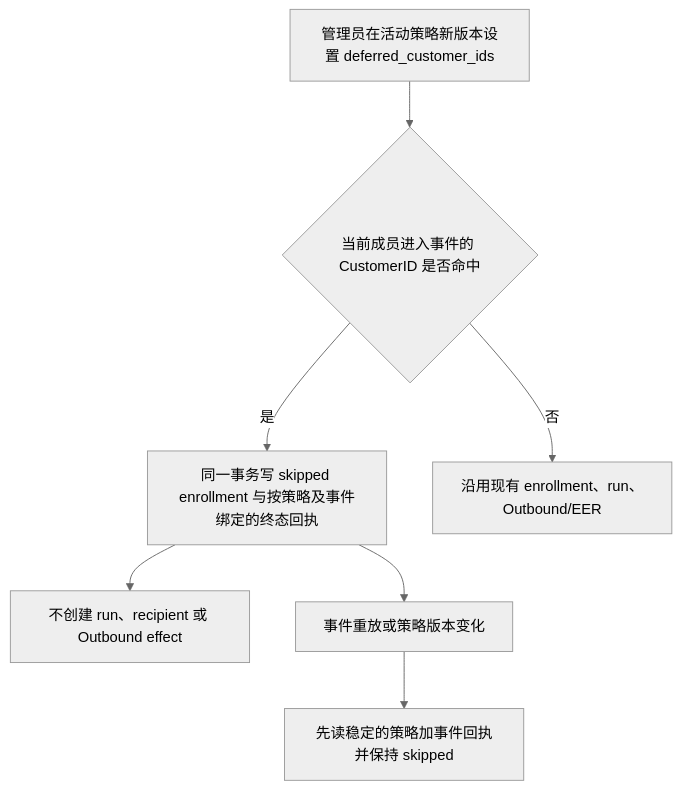
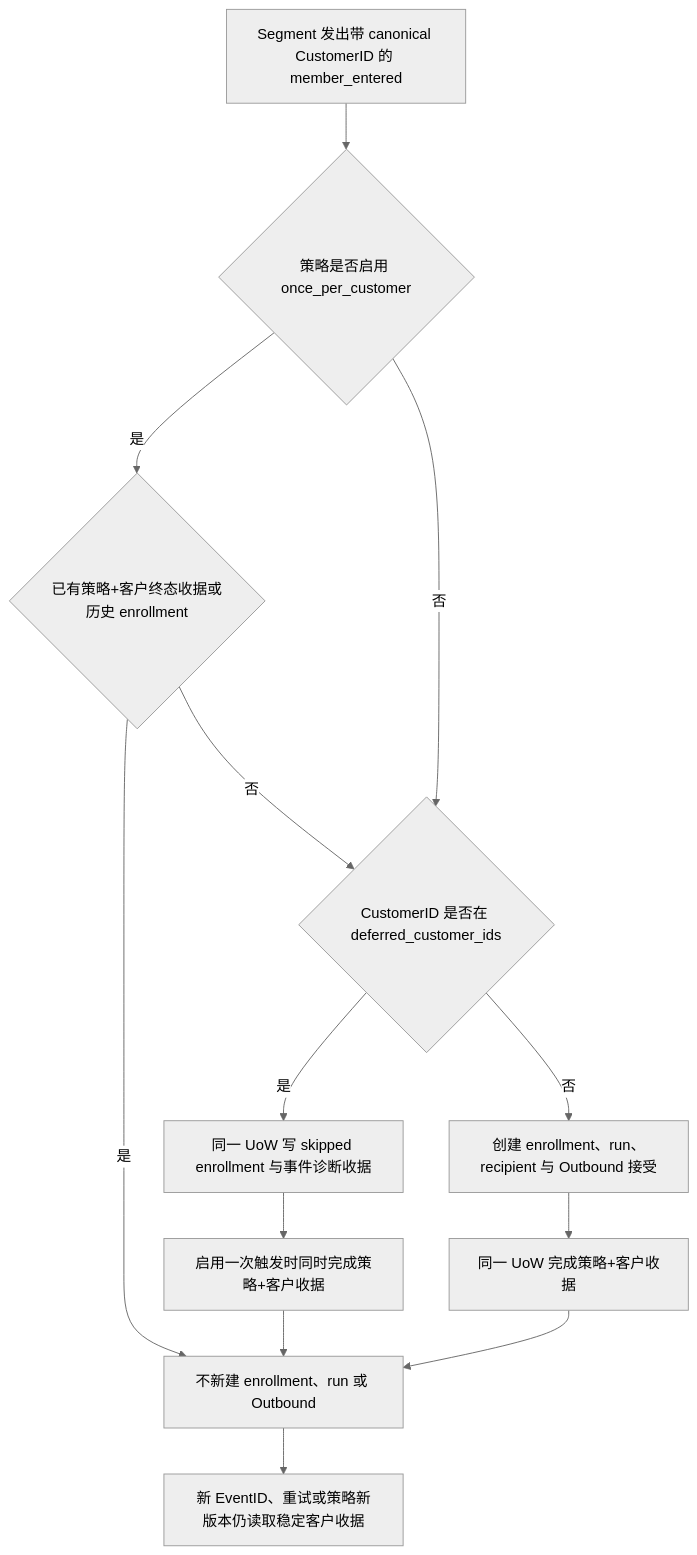
One commit to qianlan33333-png/AI-CRM-v4 changed the diagram in docs/prd/2026-09-30-audience-historical-merge-deferral.md. Above: the diagram before and after it, drawn with Mermaid (neutral theme). The commit also changed other lines of this file and 7 other files, not shown here.

````diff
--- a/docs/prd/2026-09-30-audience-historical-merge-deferral.md
+++ b/docs/prd/2026-09-30-audience-historical-merge-deferral.md
@@ -7,9 +7,15 @@
 ```mermaid
 flowchart TD
-  A[管理员在活动策略新版本设置 deferred_customer_ids] --> B{当前成员进入事件的 CustomerID 是否命中}
-  B -->|是| C[同一事务写 skipped enrollment 与按策略及事件绑定的终态回执]
-  C --> D[不创建 run、recipient 或 Outbound effect]
-  B -->|否| E[沿用现有 enrollment、run、Outbound/EER]
-  C --> F[事件重放或策略版本变化]
-  F --> G[先读稳定的策略加事件回执并保持 skipped]
+  A[Segment 发出带 canonical CustomerID 的 member_entered] --> B{策略是否启用 once_per_customer}
+  B -->|是| C{已有策略+客户终态收据或历史 enrollment}
+  C -->|是| Z[不新建 enrollment、run 或 Outbound]
+  C -->|否| D{CustomerID 是否在 deferred_customer_ids}
+  B -->|否| D
+  D -->|是| E[同一 UoW 写 skipped enrollment 与事件诊断收据]
+  E --> F[启用一次触发时同时完成策略+客户收据]
+  D -->|否| G[创建 enrollment、run、recipient 与 Outbound 接受]
+  G --> H[同一 UoW 完成策略+客户收据]
+  F --> Z
+  H --> Z
+  Z --> I[新 EventID、重试或策略新版本仍读取稳定客户收据]
 ```
````
